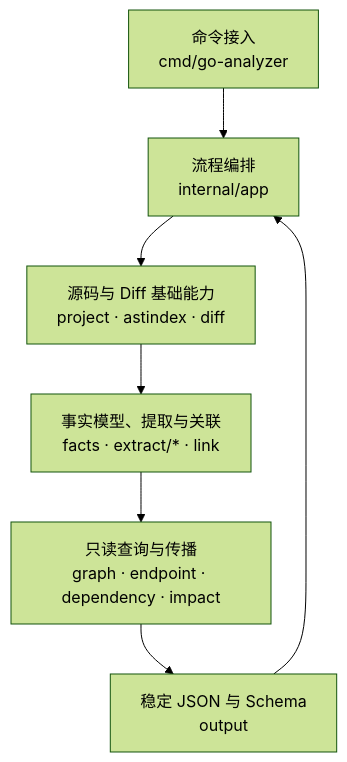
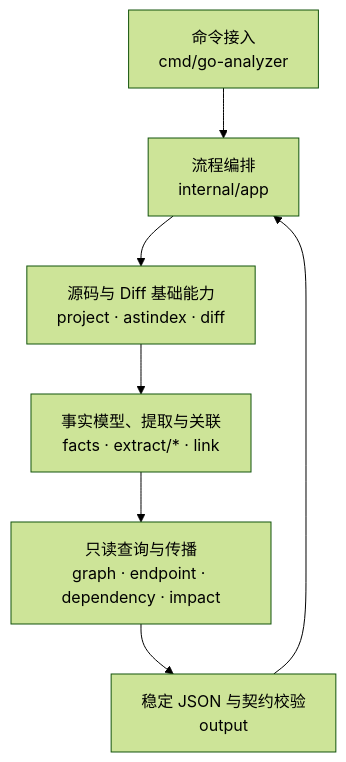
Before and after one commit to Flying-Bird1999/go-analyzer: the first of 2 diagrams in TECH-DESIGN-impact-analysis.md, drawn with Mermaid (forest theme). The commit also changed other lines of this file and 1 other file, not shown here.

````diff
--- a/TECH-DESIGN-impact-analysis.md
+++ b/TECH-DESIGN-impact-analysis.md
@@ -379,13 +393,13 @@
 ```mermaid
 flowchart TB
     CLI["命令接入<br/>cmd/go-analyzer"]
     APP["流程编排<br/>internal/app"]
     BASE["源码与 Diff 基础能力<br/>project · astindex · diff"]
     FACT["事实模型、提取与关联<br/>facts · extract/* · link"]
     QUERY["只读查询与传播<br/>graph · endpoint · dependency · impact"]
-    OUT["稳定 JSON 与 Schema<br/>output"]
+    OUT["稳定 JSON 与契约校验<br/>output"]
 
     CLI --> APP
     APP --> BASE --> FACT --> QUERY --> OUT
     OUT --> APP
 ```
````
